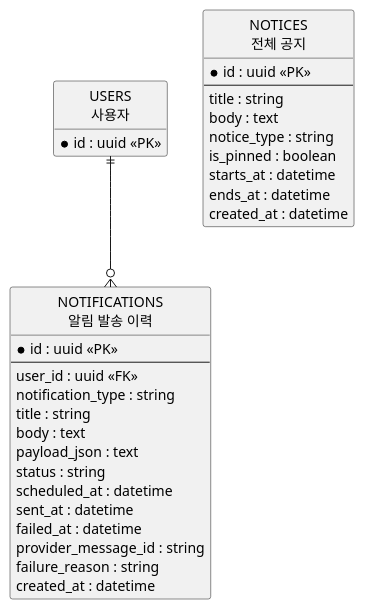
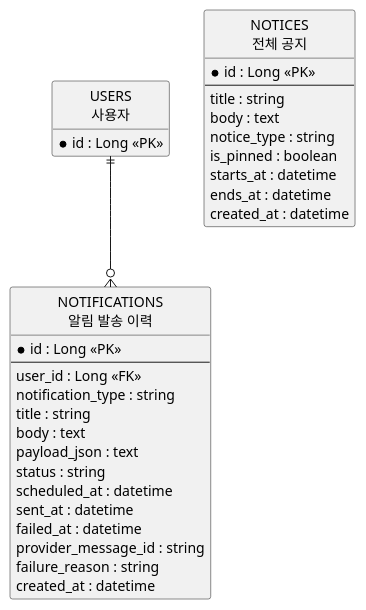
The diagram in docs/erd/notice-notification.puml (SWYP-Find/Server), drawn with PlantUML before and after one commit. The commit also changed 6 other files, not shown here.

Commit message:
[Docs] API 명세서 및 puml 다이어그램 식별자 타입 업데이트 (UUID -> ID)

```diff
--- a/docs/erd/notice-notification.puml
+++ b/docs/erd/notice-notification.puml
@@ -1,41 +1,41 @@
 @startuml
 hide circle
 hide methods
 skinparam linetype ortho
 
 entity "USERS\n사용자" as users {
-  * id : uuid <<PK>>
+  * id : Long <<PK>>
 }
 
 entity "NOTICES\n전체 공지" as notices {
-  * id : uuid <<PK>>
+  * id : Long <<PK>>
   --
   title : string
   body : text
   notice_type : string
   is_pinned : boolean
   starts_at : datetime
   ends_at : datetime
   created_at : datetime
 }
 
 entity "NOTIFICATIONS\n알림 발송 이력" as notifications {
-  * id : uuid <<PK>>
+  * id : Long <<PK>>
   --
-  user_id : uuid <<FK>>
+  user_id : Long <<FK>>
   notification_type : string
   title : string
   body : text
   payload_json : text
   status : string
   scheduled_at : datetime
   sent_at : datetime
   failed_at : datetime
   provider_message_id : string
   failure_reason : string
   created_at : datetime
 }
 
 users ||--o{ notifications
 
 @enduml
```
